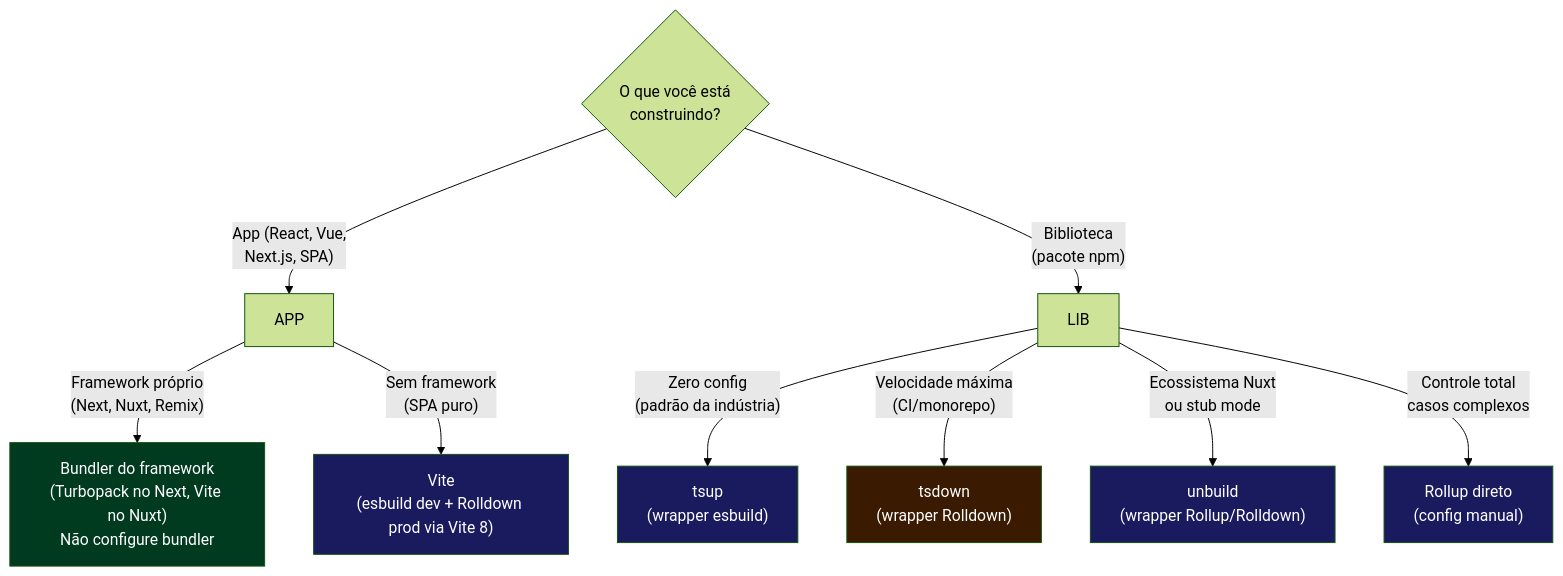
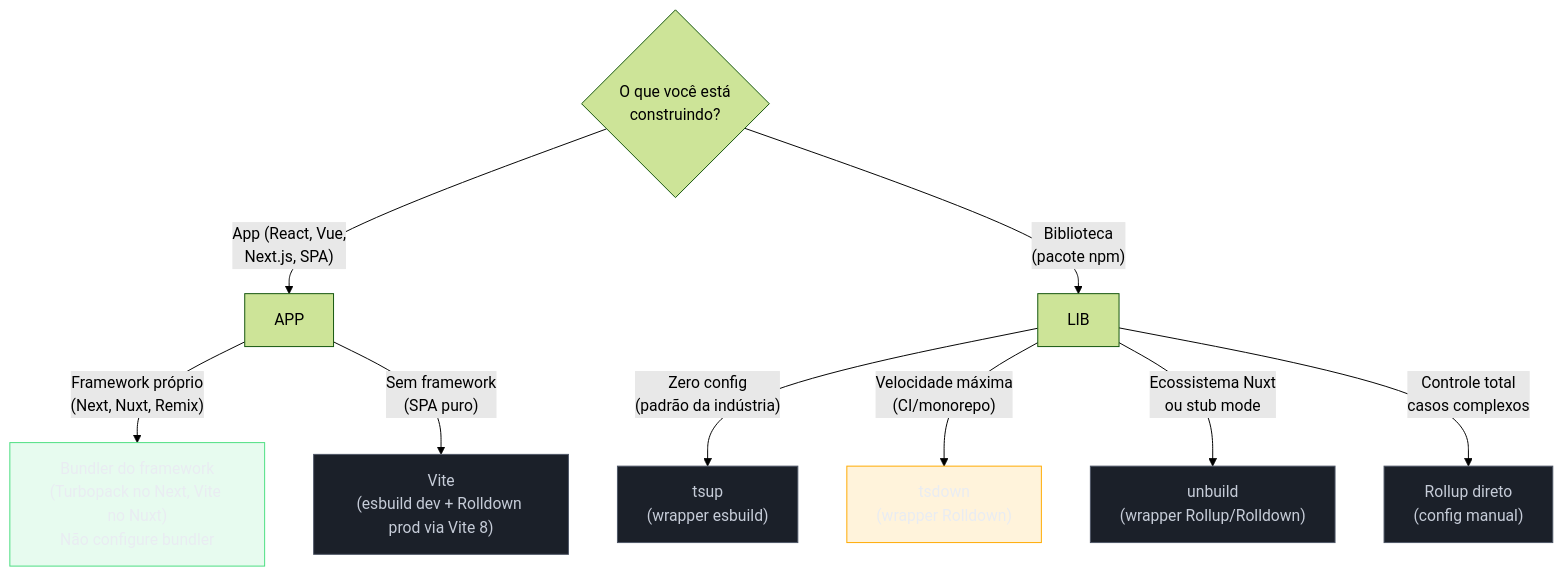
The seventh of 11 diagrams in 03-Dominios/Tecnologia/Tooling e Build/14 - Rollup, esbuild e Rolldown.md (josenaldo/codex-technomanticus), drawn with Mermaid (forest theme) before and after one commit. The commit also changed other lines of this file and 1181 other files, not shown here.

First line of the commit message:
fix(diagramas): paleta do sistema no lugar de cor cravada no markdown

````diff
--- a/03-Dominios/Tecnologia/Tooling e Build/14 - Rollup, esbuild e Rolldown.md
+++ b/03-Dominios/Tecnologia/Tooling e Build/14 - Rollup, esbuild e Rolldown.md
@@ -558,22 +563,25 @@
 ```mermaid
 flowchart TD
+    classDef ok fill:#4ADE8021,stroke:#4ADE80,color:#E9ECF2
+    classDef neutro fill:#1B2029,stroke:#4E5666,color:#C6CCD8
+    classDef destaque fill:#FFAA0024,stroke:#FFAA00,color:#E9ECF2
     Q1{"O que você está\nconstruindo?"}
 
     Q1 -->|"App (React, Vue,\nNext.js, SPA)"| APP
     Q1 -->|"Biblioteca\n(pacote npm)"| LIB
 
     APP -->|"Framework próprio\n(Next, Nuxt, Remix)"| FRAMEWORK["Bundler do framework\n(Turbopack no Next, Vite no Nuxt)\nNão configure bundler"]
     APP -->|"Sem framework\n(SPA puro)"| VITE["Vite\n(esbuild dev + Rolldown prod via Vite 8)"]
 
     LIB -->|"Zero config\n(padrão da indústria)"| TSUP["tsup\n(wrapper esbuild)"]
     LIB -->|"Velocidade máxima\n(CI/monorepo)"| TSDOWN["tsdown\n(wrapper Rolldown)"]
     LIB -->|"Ecossistema Nuxt\nou stub mode"| UNBUILD["unbuild\n(wrapper Rollup/Rolldown)"]
     LIB -->|"Controle total\ncasos complexos"| ROLLUP["Rollup direto\n(config manual)"]
 
-    style FRAMEWORK fill:#003a1f,color:#fff
-    style VITE fill:#1a1a5e,color:#fff
-    style TSUP fill:#1a1a5e,color:#fff
-    style TSDOWN fill:#3a1a00,color:#fff
-    style UNBUILD fill:#1a1a5e,color:#fff
-    style ROLLUP fill:#1a1a5e,color:#fff
+    class FRAMEWORK ok
+    class VITE neutro
+    class TSUP neutro
+    class TSDOWN destaque
+    class UNBUILD neutro
+    class ROLLUP neutro
 ```
````
